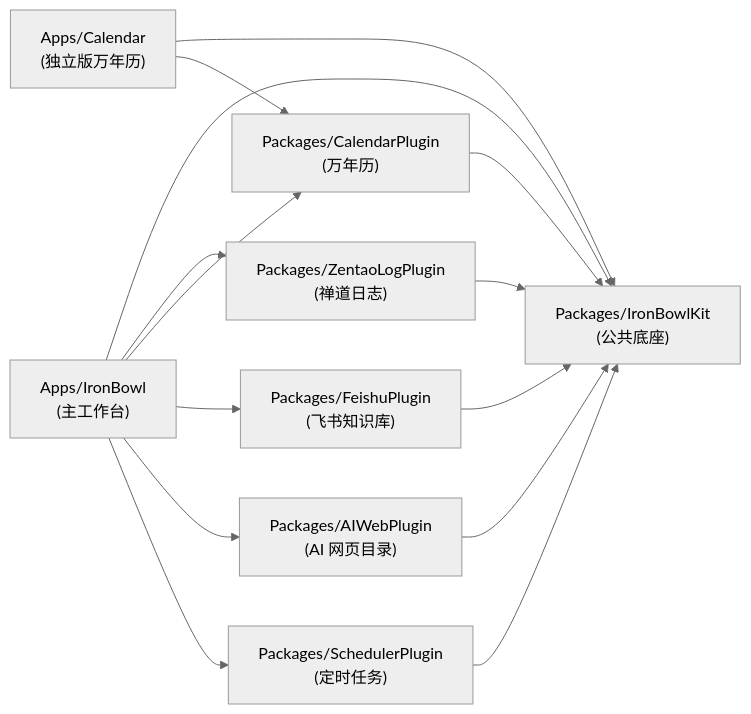
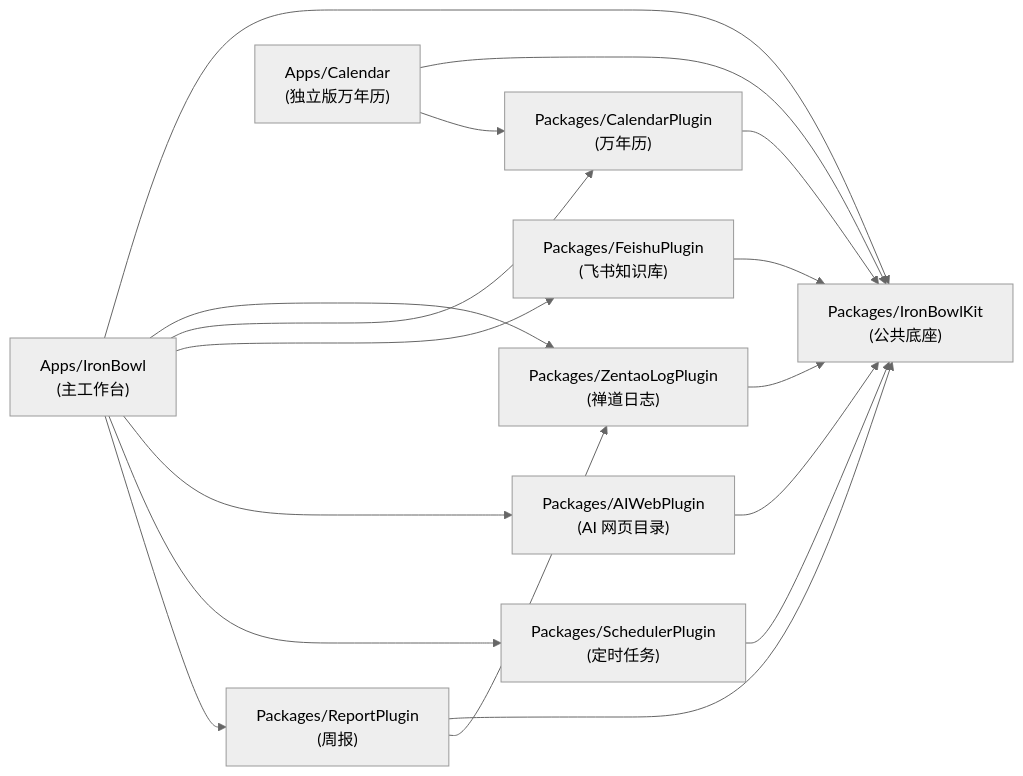
One commit to taopaox/IronBowl changed the diagram in docs/architecture/overview.md. Above: the diagram before and after it, drawn with Mermaid (neutral theme). The commit also changed other lines of this file and 18 other files, not shown here.

````diff
--- a/docs/architecture/overview.md
+++ b/docs/architecture/overview.md
@@ -18,18 +18,21 @@
 ```mermaid
 flowchart LR
     IronBowl["Apps/IronBowl<br/>(主工作台)"] --> IronBowlKit["Packages/IronBowlKit<br/>(公共底座)"]
     IronBowl --> ZentaoLogPlugin["Packages/ZentaoLogPlugin<br/>(禅道日志)"]
     IronBowl --> CalendarPlugin["Packages/CalendarPlugin<br/>(万年历)"]
     IronBowl --> FeishuPlugin["Packages/FeishuPlugin<br/>(飞书知识库)"]
     IronBowl --> AIWebPlugin["Packages/AIWebPlugin<br/>(AI 网页目录)"]
     IronBowl --> SchedulerPlugin["Packages/SchedulerPlugin<br/>(定时任务)"]
+    IronBowl --> ReportPlugin["Packages/ReportPlugin<br/>(周报)"]
 
     CalendarApp["Apps/Calendar<br/>(独立版万年历)"] --> IronBowlKit
     CalendarApp --> CalendarPlugin
 
     ZentaoLogPlugin --> IronBowlKit
     CalendarPlugin --> IronBowlKit
     FeishuPlugin --> IronBowlKit
     AIWebPlugin --> IronBowlKit
     SchedulerPlugin --> IronBowlKit
+    ReportPlugin --> IronBowlKit
+    ReportPlugin --> ZentaoLogPlugin
 ```
````
